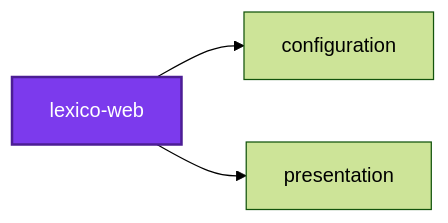
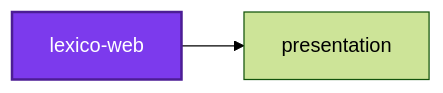
Before and after one commit to organizzolini/codebase: the first of 2 diagrams in projects/lexico/lexico-web/README.md, drawn with Mermaid (forest theme). The commit also changed other lines of this file and 67 other files, not shown here.

````diff
--- a/projects/lexico/lexico-web/README.md
+++ b/projects/lexico/lexico-web/README.md
@@ -371,10 +371,8 @@
 ```mermaid
 graph LR
-  configuration["configuration"]
   lexico_web["lexico-web"]
   presentation["presentation"]
-  lexico_web --> configuration
   lexico_web --> presentation
   classDef subject fill:#7c3aed,color:#fff,stroke:#4c1d95,stroke-width:2px
   class lexico_web subject
 ```
````
